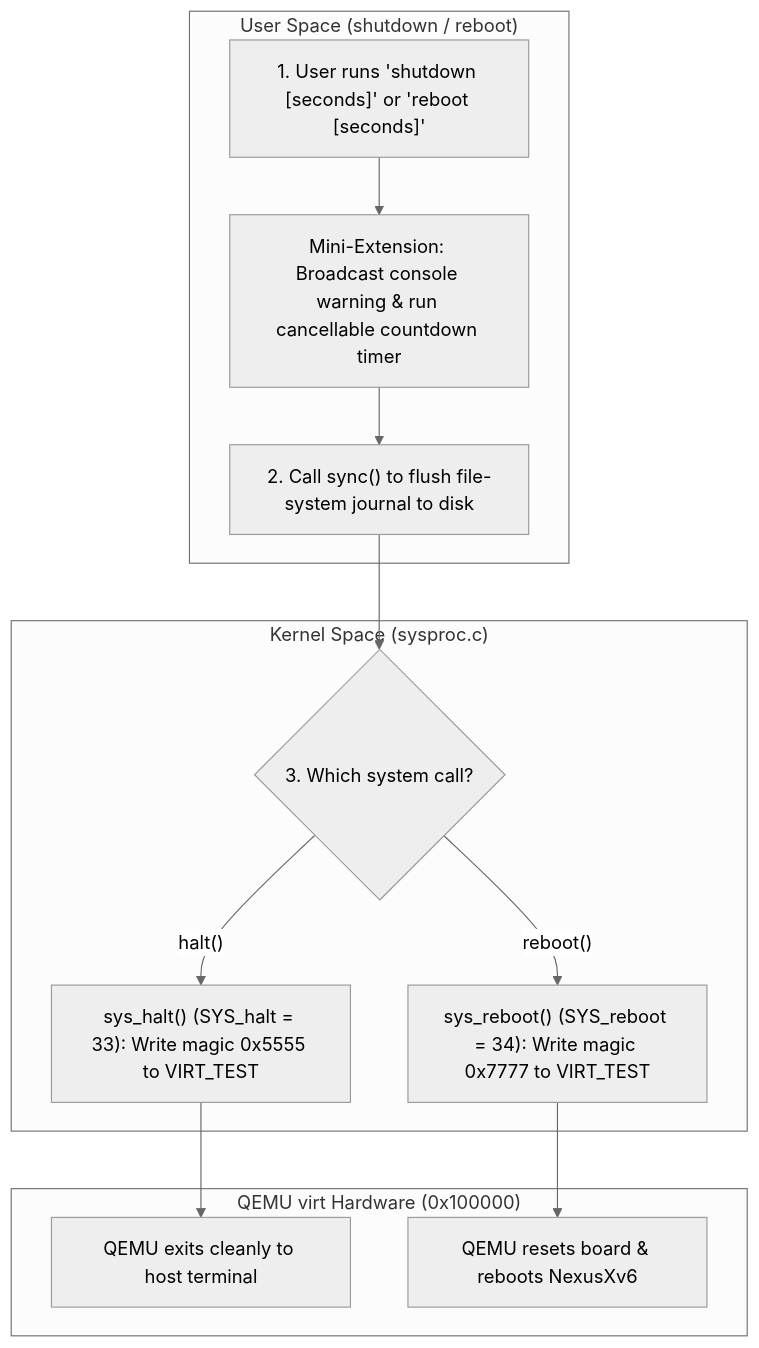
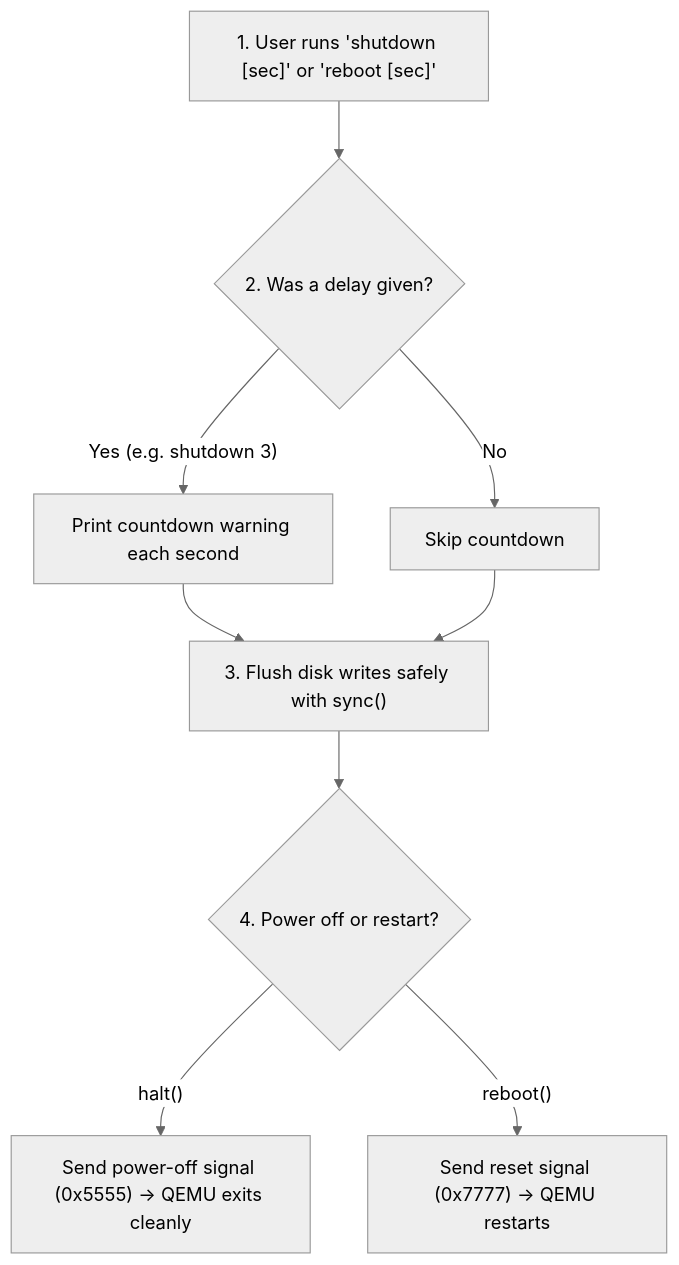
Before and after one commit to asbahkhan67-ctrl/xv6-riscv: diagram 13 of 21 in README.md, drawn with Mermaid (neutral theme). The commit also changed other lines of this file and 27 other files, not shown here.

````diff
--- a/README.md
+++ b/README.md
@@ -807,26 +834,11 @@
 ```mermaid
 flowchart TD
-    subgraph User["User Space (shutdown / reboot)"]
-        U1["1. User runs 'shutdown [seconds]' or 'reboot [seconds]'"]
-        UM["Mini-Extension: Broadcast console warning & run cancellable countdown timer"]
-        U2["2. Call sync() to flush file-system journal to disk"]
-        U1 --> UM --> U2
-    end
-
-    subgraph Kernel["Kernel Space (sysproc.c)"]
-        K1{"3. Which system call?"}
-        K2["sys_halt() (SYS_halt = 33): Write magic 0x5555 to VIRT_TEST"]
-        K3["sys_reboot() (SYS_reboot = 34): Write magic 0x7777 to VIRT_TEST"]
-        K1 -- "halt()" --> K2
-        K1 -- "reboot()" --> K3
-    end
-
-    subgraph QEMU["QEMU virt Hardware (0x100000)"]
-        Q1["QEMU exits cleanly to host terminal"]
-        Q2["QEMU resets board & reboots NexusXv6"]
-    end
-
-    U2 --> K1
-    K2 --> Q1
-    K3 --> Q2
+    A["1. User runs 'shutdown [sec]' or 'reboot [sec]'"] --> B{"2. Was a delay given?"}
+    B -- "Yes (e.g. shutdown 3)" --> C["Print countdown warning each second"]
+    B -- "No" --> D["Skip countdown"]
+    C --> E["3. Flush disk writes safely with sync()"]
+    D --> E
+    E --> F{"4. Power off or restart?"}
+    F -- "halt()" --> G["Send power-off signal (0x5555) -> QEMU exits cleanly"]
+    F -- "reboot()" --> H["Send reset signal (0x7777) -> QEMU restarts"]
 ```
````
